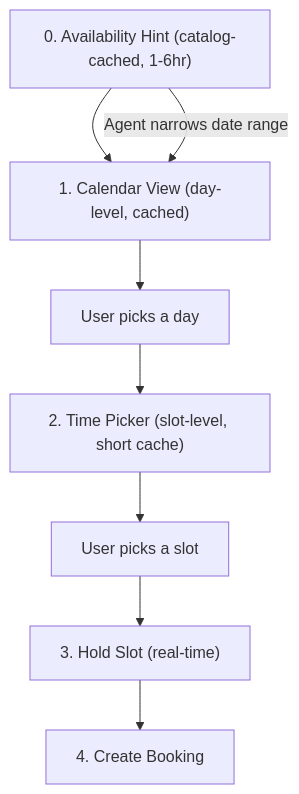
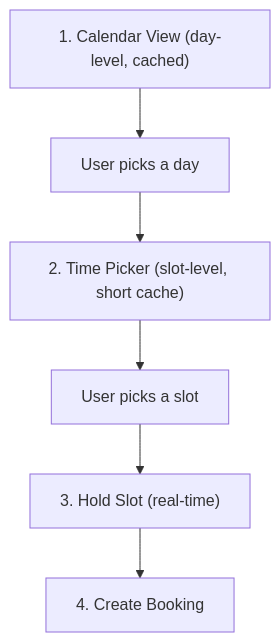
One commit to wix/universal-scheduling-protocol changed the third of 5 diagrams in specification.md. Above: the diagram before and after it, drawn with Mermaid. The commit also changed other lines of this file, not shown here.

First line of the commit message:
Demote day-level granularity to optional; reframe caching funnel for agentic-first flow

````diff
--- a/specification.md
+++ b/specification.md
@@ -554,10 +575,8 @@
 ```mermaid
 graph TD
-    H["0. Availability Hint (catalog-cached, 1-6hr)"] --> A
-    H -- "Agent narrows date range" --> A
     A["1. Calendar View (day-level, cached)"] --> B["User picks a day"]
     B --> C["2. Time Picker (slot-level, short cache)"]
     C --> D["User picks a slot"]
     D --> E["3. Hold Slot (real-time)"]
     E --> F["4. Create Booking"]
 ```
````
